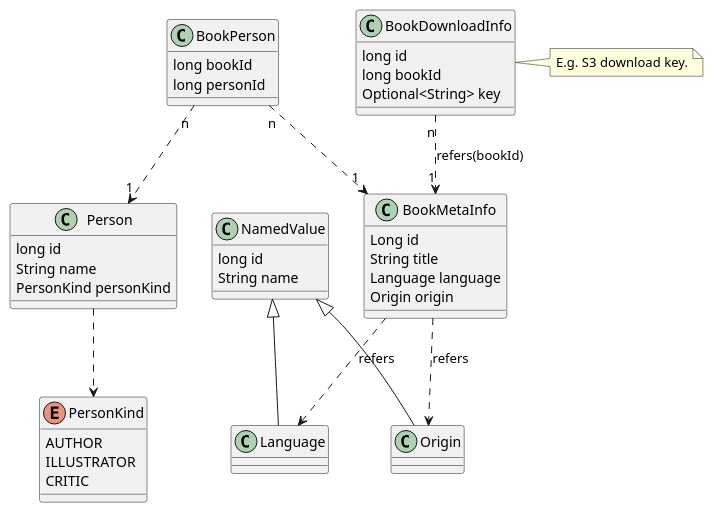
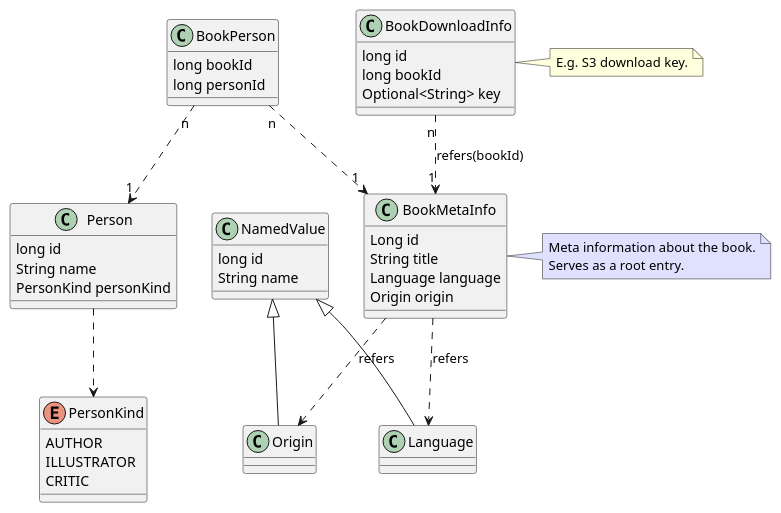
One commit to avshabanov/booklib changed the diagram in arch/cd-book-domain.puml. Above: the diagram before and after it, drawn with PlantUML. The commit also changed 6 other files, not shown here.

```diff
--- a/arch/cd-book-domain.puml
+++ b/arch/cd-book-domain.puml
@@ -1,53 +1,58 @@
 @startuml
 
 class NamedValue {
   long id
   String name
 }
 
 class Language extends NamedValue
 
 class Origin extends NamedValue
 
 enum PersonKind {
   AUTHOR
   ILLUSTRATOR
   CRITIC
 }
 
 class Person {
   long id
   String name
   PersonKind personKind
 }
 
 Person ..> PersonKind
 
 class BookMetaInfo {
     Long id
     String title
     Language language
     Origin origin
 }
 
+note right of BookMetaInfo #e0e0ff
+  Meta information about the book.
+  Serves as a root entry.
+end note
+
 class BookPerson {
   long bookId
   long personId
 }
 
 BookPerson "n" ..> "1" BookMetaInfo
 BookPerson "n" ..> "1" Person
 
 class BookDownloadInfo {
   long id
   long bookId
   Optional<String> key
 }
 
 note right of BookDownloadInfo : E.g. S3 download key.
 
 BookMetaInfo ..> Language : refers
 BookMetaInfo ..> Origin : refers
 BookDownloadInfo "n" ..> "1" BookMetaInfo : refers(bookId)
 
 @enduml
```
